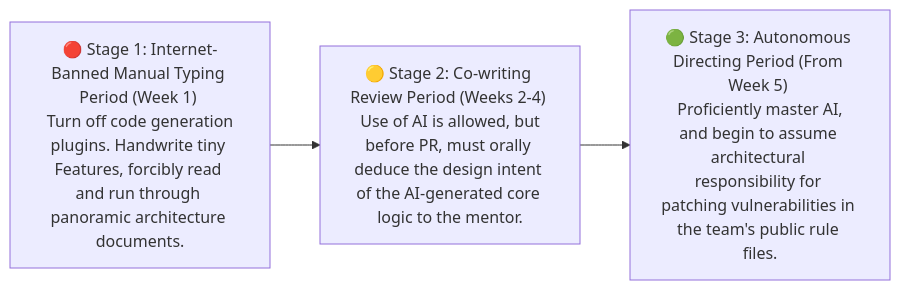
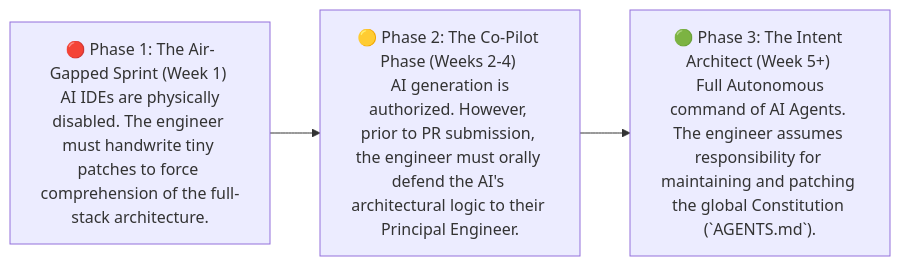
The diagram in i18n/en/docusaurus-plugin-content-docs/current/team_collaboration.md (ruanqizhen/cocode), drawn with Mermaid before and after one commit. The commit also changed other lines of this file and 41 other files, not shown here.

````diff
--- a/i18n/en/docusaurus-plugin-content-docs/current/team_collaboration.md
+++ b/i18n/en/docusaurus-plugin-content-docs/current/team_collaboration.md
@@ -127,5 +129,5 @@
 ```mermaid
 graph LR
-    Stage1["🔴 Stage 1: Internet-Banned Manual Typing Period (Week 1) <br> Turn off code generation plugins. Handwrite tiny Features, forcibly read and run through panoramic architecture documents."] --> Stage2["🟡 Stage 2: Co-writing Review Period (Weeks 2-4) <br> Use of AI is allowed, but before PR, must orally deduce the design intent of the AI-generated core logic to the mentor."]
-    Stage2 --> Stage3["🟢 Stage 3: Autonomous Directing Period (From Week 5) <br> Proficiently master AI, and begin to assume architectural responsibility for patching vulnerabilities in the team's public rule files."]
+    Stage1["🔴 Phase 1: The Air-Gapped Sprint (Week 1) <br> AI IDEs are physically disabled. The engineer must handwrite tiny patches to force comprehension of the full-stack architecture."] --> Stage2["🟡 Phase 2: The Co-Pilot Phase (Weeks 2-4) <br> AI generation is authorized. However, prior to PR submission, the engineer must orally defend the AI's architectural logic to their Principal Engineer."]
+    Stage2 --> Stage3["🟢 Phase 3: The Intent Architect (Week 5+) <br> Full Autonomous command of AI Agents. The engineer assumes responsibility for maintaining and patching the global Constitution (`AGENTS.md`)."]
 ```
````
